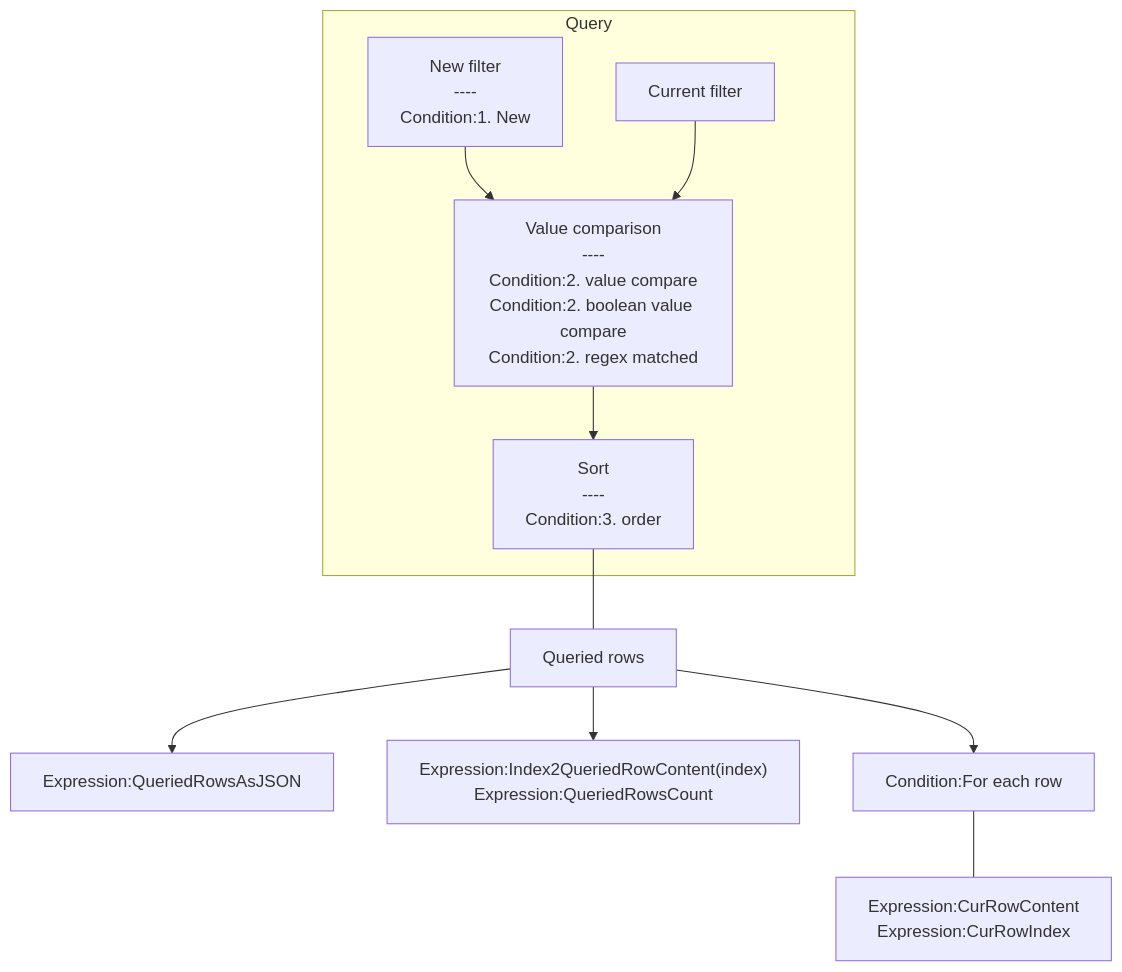
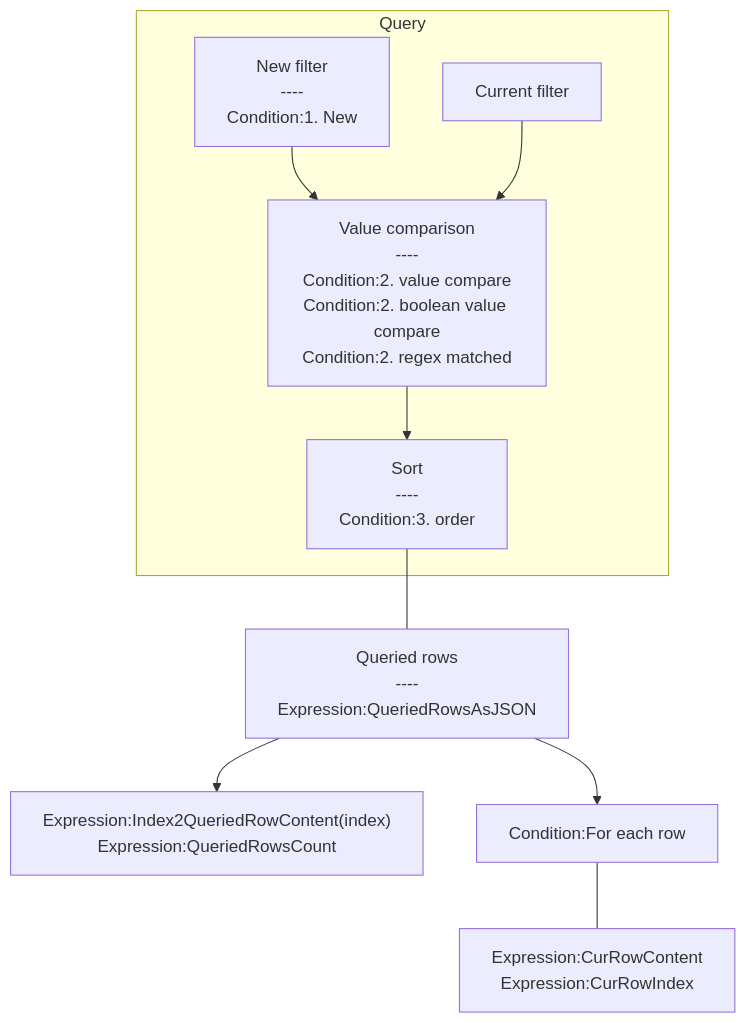
The second of 2 diagrams in plugins.md/rex_taffydb.md (rexrainbow/C2RexDoc), drawn with Mermaid before and after one commit. The commit also changed other lines of this file and 7 other files, not shown here.

`````diff
--- a/plugins.md/rex_taffydb.md
+++ b/plugins.md/rex_taffydb.md
@@ -185,15 +191,14 @@
 ````mermaid
 graph TB
 
 subgraph Query
 NewFilter["New filter<br>----<br>Condition:1. New"] --> Compare["Value comparison<br>----<br>Condition:2. value compare<br>Condition:2. boolean value compare<br>Condition:2. regex matched"]
 CurrentFilter["Current filter"] --> Compare
 Compare --> Order["Sort<br>----<br>Condition:3. order"]
 end
 
-Order --- QueriedRows["Queried rows"]
-QueriedRows --> QueriedRowsAsJSON["Expression:QueriedRowsAsJSON"]
+Order --- QueriedRows["Queried rows<br>----<br>Expression:QueriedRowsAsJSON"]
 QueriedRows --> ExpIndexedQueriedRow["Expression:Index2QueriedRowContent(index)<br>Expression:QueriedRowsCount"]
 QueriedRows --> CondForEachQueriedRow["Condition:For each row"]
 CondForEachQueriedRow --- ExpCurQueriedRow["Expression:CurRowContent<br>Expression:CurRowIndex"]
 ````
`````
